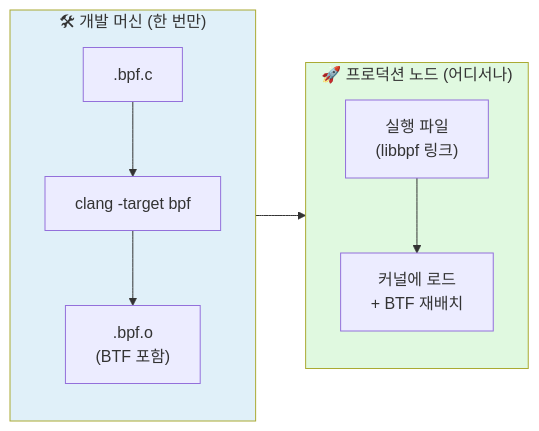
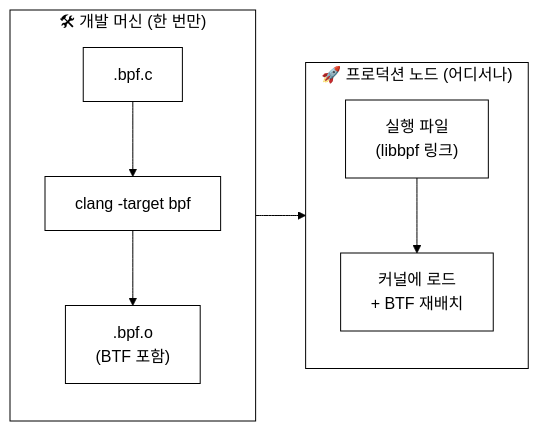
The second of 5 diagrams in docs/lecture/11주차_libbpf와_CO-RE_프로덕션eBPF.md (iamywl/ebpf-lab), drawn with Mermaid before and after one commit. The commit also changed other lines of this file and 33 other files, not shown here.

First line of the commit message:
강의자료: 다이어그램 흑백(논문 스타일) 통일 + 실제 실행 스크린샷 삽입

````diff
--- a/docs/lecture/11주차_libbpf와_CO-RE_프로덕션eBPF.md
+++ b/docs/lecture/11주차_libbpf와_CO-RE_프로덕션eBPF.md
@@ -55,15 +56,16 @@
 ```mermaid
+%%{init: {"theme":"base","themeVariables":{"background":"#ffffff","primaryColor":"#ffffff","primaryBorderColor":"#000000","primaryTextColor":"#000000","secondaryColor":"#ffffff","secondaryBorderColor":"#000000","secondaryTextColor":"#000000","tertiaryColor":"#ffffff","tertiaryBorderColor":"#000000","tertiaryTextColor":"#000000","lineColor":"#000000","textColor":"#000000","mainBkg":"#ffffff","secondBkg":"#ffffff","clusterBkg":"#ffffff","clusterBorder":"#000000","edgeLabelBackground":"#ffffff","nodeBorder":"#000000","defaultLinkColor":"#000000","titleColor":"#000000","actorBkg":"#ffffff","actorBorder":"#000000","actorTextColor":"#000000","actorLineColor":"#000000","signalColor":"#000000","signalTextColor":"#000000","labelBoxBkgColor":"#ffffff","labelBoxBorderColor":"#000000","labelTextColor":"#000000","loopTextColor":"#000000","noteBkgColor":"#ffffff","noteBorderColor":"#000000","noteTextColor":"#000000","activationBkgColor":"#ffffff","activationBorderColor":"#000000","sequenceNumberColor":"#000000","cScale0":"#ffffff","cScale1":"#ffffff","cScale2":"#ffffff","cScale3":"#ffffff","cScale4":"#ffffff","cScale5":"#ffffff","cScale6":"#ffffff","cScale7":"#ffffff","cScale8":"#ffffff","cScale9":"#ffffff","cScale10":"#ffffff","cScale11":"#ffffff","cScaleLabel0":"#000000","cScaleLabel1":"#000000","cScaleLabel2":"#000000","cScaleLabel3":"#000000","cScaleLabel4":"#000000","cScaleLabel5":"#000000","cScaleLabel6":"#000000","cScaleLabel7":"#000000","cScaleLabel8":"#000000","cScaleLabel9":"#000000","cScaleLabel10":"#000000","cScaleLabel11":"#000000","pie1":"#ffffff","pie2":"#eeeeee","pie3":"#dddddd","pie4":"#cccccc","fontFamily":"Georgia, serif"}}}%%
 flowchart LR
     subgraph DEV["🛠 개발 머신 (한 번만)"]
         direction TB
         BSRC[".bpf.c"] --> CC["clang -target bpf"]
         CC --> BOBJ[".bpf.o\n(BTF 포함)"]
     end
     subgraph PROD["🚀 프로덕션 노드 (어디서나)"]
         direction TB
         APP["실행 파일\n(libbpf 링크)"] --> KLOAD["커널에 로드\n+ BTF 재배치"]
     end
     BOBJ --> APP
-    style DEV fill:#e0f0f9
-    style PROD fill:#e0f9e0
+    style DEV fill:#ffffff
+    style PROD fill:#ffffff
 ```
````
